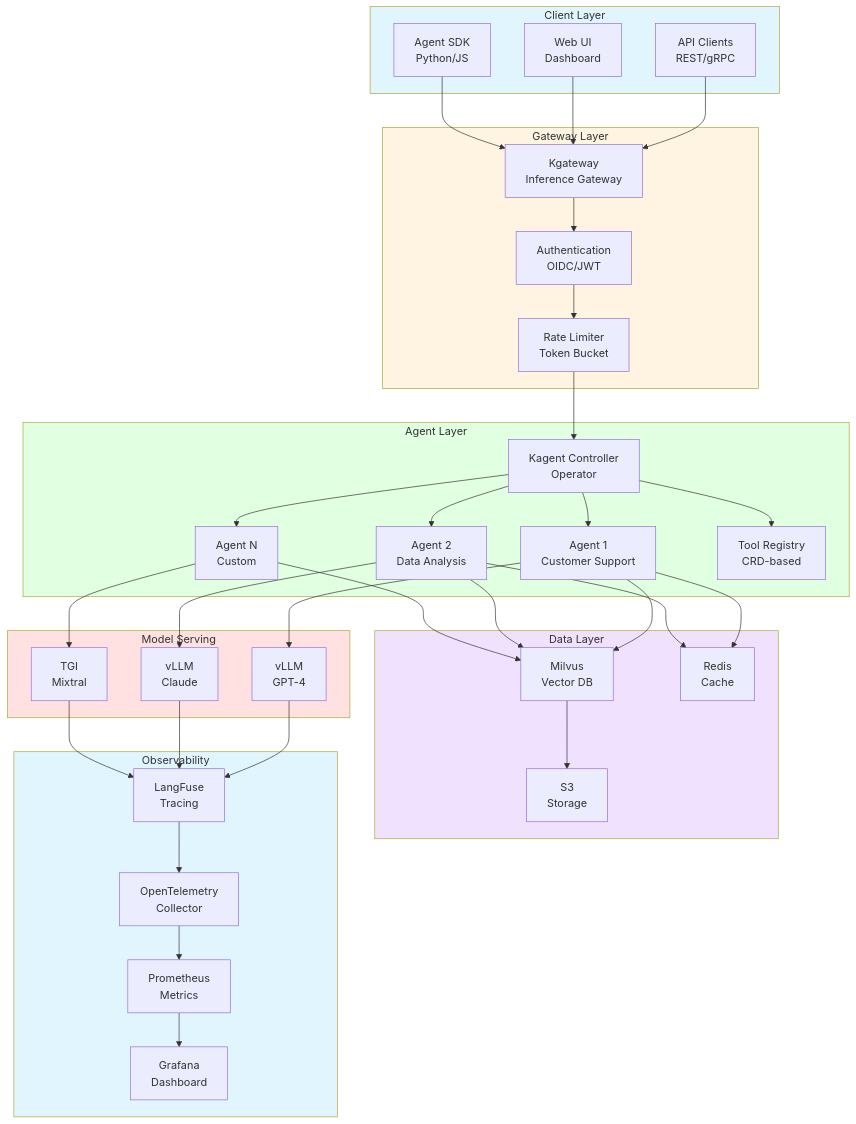
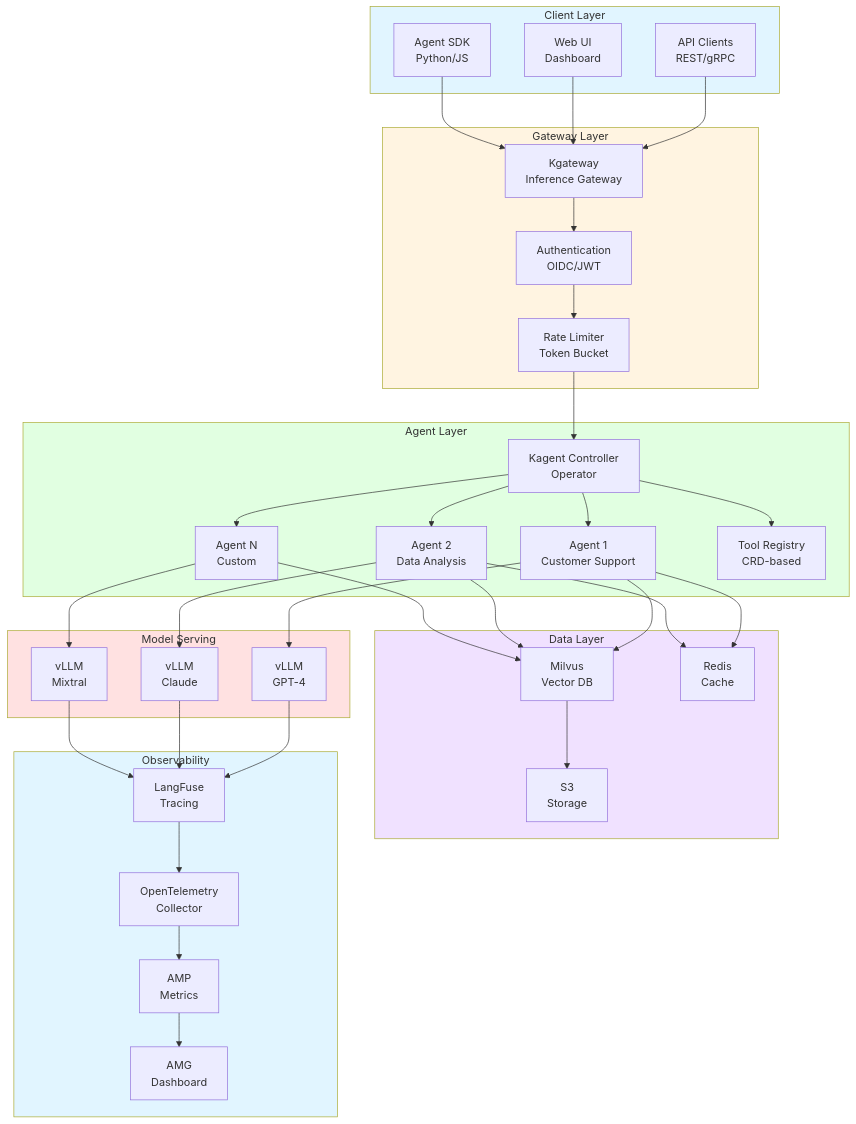
Before and after one commit to devfloor9/engineering-playbook: the first of 10 diagrams in docs/agentic-ai-platform/design-architecture/agentic-platform-architecture.md, drawn with Mermaid. The commit also changed other lines of this file and 21 other files, not shown here.

````diff
--- a/docs/agentic-ai-platform/design-architecture/agentic-platform-architecture.md
+++ b/docs/agentic-ai-platform/design-architecture/agentic-platform-architecture.md
@@ -49,74 +49,74 @@
 ```mermaid
 flowchart TD
     subgraph ClientLayer["Client Layer"]
         CLIENT["API Clients<br/>REST/gRPC"]
         UI["Web UI<br/>Dashboard"]
         SDK["Agent SDK<br/>Python/JS"]
     end
 
     subgraph GatewayLayer["Gateway Layer"]
         KGWY["Kgateway<br/>Inference Gateway"]
         AUTH["Authentication<br/>OIDC/JWT"]
         RATE["Rate Limiter<br/>Token Bucket"]
     end
 
     subgraph AgentLayer["Agent Layer"]
         KAGENT["Kagent Controller<br/>Operator"]
         AGENT1["Agent 1<br/>Customer Support"]
         AGENT2["Agent 2<br/>Data Analysis"]
         AGENTN["Agent N<br/>Custom"]
         TOOLS["Tool Registry<br/>CRD-based"]
     end
 
     subgraph ModelLayer["Model Serving"]
         VLLM1["vLLM<br/>GPT-4"]
         VLLM2["vLLM<br/>Claude"]
-        TGI["TGI<br/>Mixtral"]
+        VLLM3["vLLM<br/>Mixtral"]
     end
 
     subgraph DataLayer["Data Layer"]
         MILVUS["Milvus<br/>Vector DB"]
         REDIS["Redis<br/>Cache"]
         S3["S3<br/>Storage"]
     end
 
     subgraph ObsLayer["Observability"]
         LANGFUSE["LangFuse<br/>Tracing"]
-        PROM["Prometheus<br/>Metrics"]
-        GRAFANA["Grafana<br/>Dashboard"]
+        AMP["AMP<br/>Metrics"]
+        AMG["AMG<br/>Dashboard"]
         OTEL["OpenTelemetry<br/>Collector"]
     end
 
     CLIENT --> KGWY
     UI --> KGWY
     SDK --> KGWY
     KGWY --> AUTH
     AUTH --> RATE
     RATE --> KAGENT
     KAGENT --> AGENT1
     KAGENT --> AGENT2
     KAGENT --> AGENTN
     KAGENT --> TOOLS
     AGENT1 --> VLLM1
     AGENT2 --> VLLM2
-    AGENTN --> TGI
+    AGENTN --> VLLM3
     AGENT1 --> MILVUS
     AGENT2 --> MILVUS
     AGENTN --> MILVUS
     AGENT1 --> REDIS
     AGENT2 --> REDIS
     MILVUS --> S3
     VLLM1 --> LANGFUSE
     VLLM2 --> LANGFUSE
-    TGI --> LANGFUSE
+    VLLM3 --> LANGFUSE
     LANGFUSE --> OTEL
-    OTEL --> PROM
-    PROM --> GRAFANA
+    OTEL --> AMP
+    AMP --> AMG
 
     style ClientLayer fill:#e1f5ff
     style GatewayLayer fill:#fff4e1
     style AgentLayer fill:#e1ffe1
     style ModelLayer fill:#ffe1e1
     style DataLayer fill:#f0e1ff
     style ObsLayer fill:#e1f5ff
 ```
````
